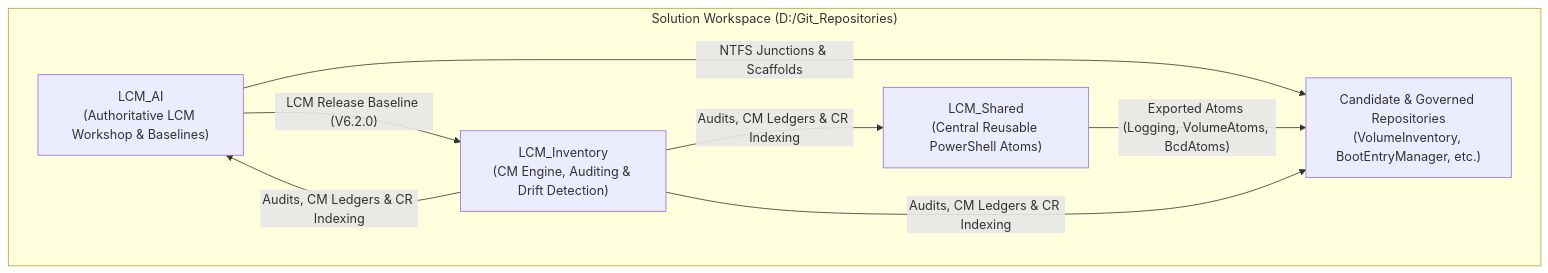
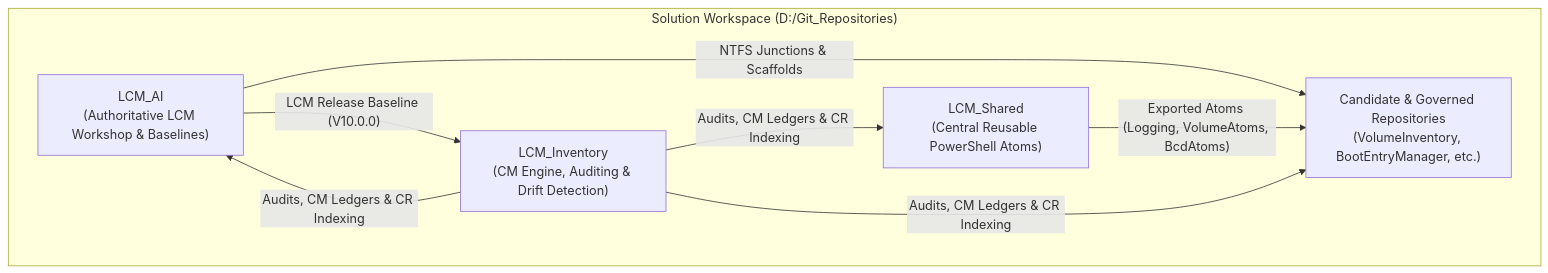
One commit to rgbigel/LCM_AI changed the diagram in .agents/ACTIVE_CONTEXT.md. Above: the diagram before and after it, drawn with Mermaid. The commit also changed other lines of this file and 101 other files, not shown here.

````diff
--- a/.agents/ACTIVE_CONTEXT.md
+++ b/.agents/ACTIVE_CONTEXT.md
@@ -14,15 +14,15 @@
 ```mermaid
 graph TB
     subgraph SolutionWorkspace["Solution Workspace (D:/Git_Repositories)"]
         WAI["LCM_AI<br/>(Authoritative LCM Workshop & Baselines)"]
         WI["LCM_Inventory<br/>(CM Engine, Auditing & Drift Detection)"]
         SM["LCM_Shared<br/>(Central Reusable PowerShell Atoms)"]
         REPOS["Candidate & Governed Repositories<br/>(VolumeInventory, BootEntryManager, etc.)"]
     end
 
-    WAI -->|"LCM Release Baseline (V6.2.0)"| WI
+    WAI -->|"LCM Release Baseline (V10.0.0)"| WI
     WAI -->|"NTFS Junctions & Scaffolds"| REPOS
     SM -->|"Exported Atoms (Logging, VolumeAtoms, BcdAtoms)"| REPOS
     WI -->|"Audits, CM Ledgers & CR Indexing"| REPOS & WAI & SM
 
 ```
````
